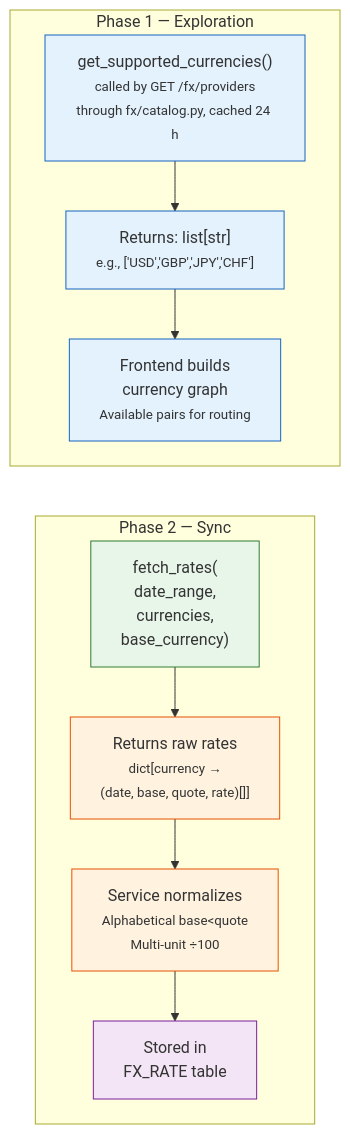
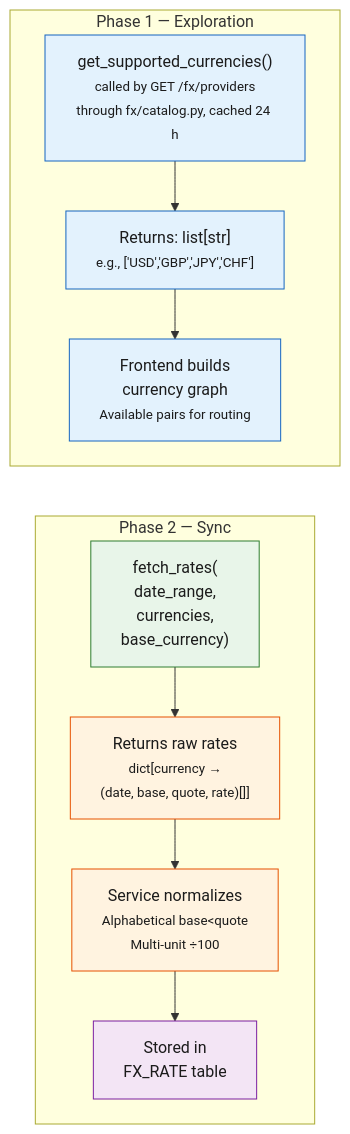
Before and after one commit to Librefolio/LibreFolio: the diagram in mkdocs_src/docs/developer/architecture/patterns/fx_plugin_guide.md, drawn with Mermaid. The commit also changed 2 other files, not shown here.

Commit message:
fix(docs): diagram text colour in the plugin guides

````diff
--- a/mkdocs_src/docs/developer/architecture/patterns/fx_plugin_guide.md
+++ b/mkdocs_src/docs/developer/architecture/patterns/fx_plugin_guide.md
@@ -43,23 +43,23 @@
 ```mermaid
 graph TD
     subgraph "Phase 1 — Exploration"
         E1["get_supported_currencies()<br/><small>called by GET /fx/providers<br/>through fx/catalog.py, cached 24 h</small>"] --> E2["Returns: list[str]<br/><small>e.g., ['USD','GBP','JPY','CHF']</small>"]
         E2 --> E3["Frontend builds<br/>currency graph<br/><small>Available pairs for routing</small>"]
     end
 
     subgraph "Phase 2 — Sync"
         S1["fetch_rates(<br/>date_range,<br/>currencies,<br/>base_currency)"] --> S2["Returns raw rates<br/><small>dict[currency →<br/>(date, base, quote, rate)[]]</small>"]
         S2 --> S3["Service normalizes<br/><small>Alphabetical base&lt;quote<br/>Multi-unit ÷100</small>"]
         S3 --> S4["Stored in<br/>FX_RATE table"]
     end
 
     E3 ~~~ S1
 
-    style E1 fill:#e3f2fd,stroke:#1565c0
-    style E2 fill:#e3f2fd,stroke:#1565c0
-    style E3 fill:#e3f2fd,stroke:#1565c0
-    style S1 fill:#e8f5e9,stroke:#2e7d32
-    style S2 fill:#fff3e0,stroke:#e65100
-    style S3 fill:#fff3e0,stroke:#e65100
-    style S4 fill:#f3e5f5,stroke:#7b1fa2
+    style E1 fill:#e3f2fd,color:#1b1b1b,stroke:#1565c0
+    style E2 fill:#e3f2fd,color:#1b1b1b,stroke:#1565c0
+    style E3 fill:#e3f2fd,color:#1b1b1b,stroke:#1565c0
+    style S1 fill:#e8f5e9,color:#1b1b1b,stroke:#2e7d32
+    style S2 fill:#fff3e0,color:#1b1b1b,stroke:#e65100
+    style S3 fill:#fff3e0,color:#1b1b1b,stroke:#e65100
+    style S4 fill:#f3e5f5,color:#1b1b1b,stroke:#7b1fa2
 ```
````
